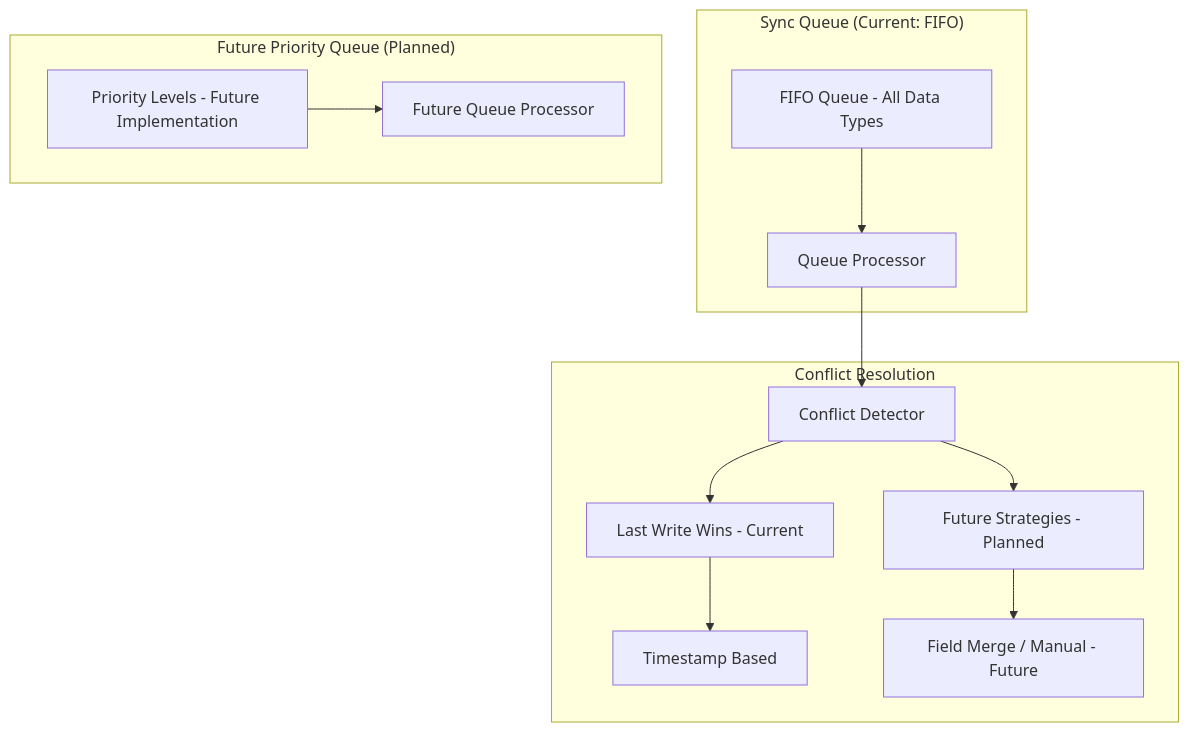
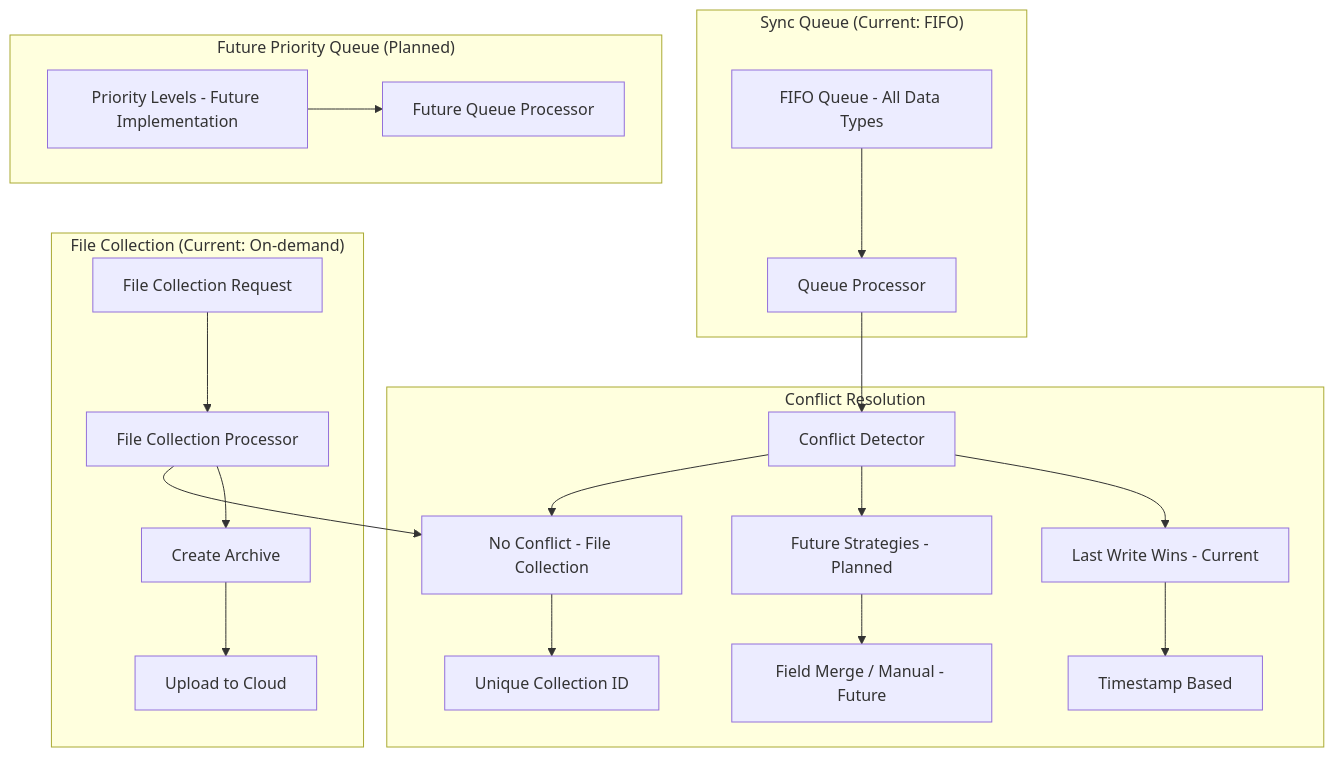
The diagram in notes/1-sync/architecture/7-sync-priority-conflict.md (gaocuiping/kugelpos-stpos-docs-new), drawn with Mermaid before and after one commit. The commit also changed other lines of this file and 11 other files, not shown here.

First line of the commit message:
Update sync service architecture and design documents

````diff
--- a/notes/1-sync/architecture/7-sync-priority-conflict.md
+++ b/notes/1-sync/architecture/7-sync-priority-conflict.md
@@ -48,23 +68,33 @@
 ```mermaid
 flowchart TD
     subgraph "Sync Queue (Current: FIFO)"
         FIFO[FIFO Queue - All Data Types]
         FIFO --> QP[Queue Processor]
+    end
+    
+    subgraph "File Collection (Current: On-demand)"
+        FC[File Collection Request]
+        FC --> FCP[File Collection Processor]
+        FCP --> Archive[Create Archive]
+        Archive --> Upload[Upload to Cloud]
     end
     
     subgraph "Future Priority Queue (Planned)"
         P1[Priority Levels - Future Implementation]
         P1 --> FQP[Future Queue Processor]
     end
     
     subgraph "Conflict Resolution"
         CR[Conflict Detector]
         CR --> LWW[Last Write Wins - Current]
         CR --> Future[Future Strategies - Planned]
+        CR --> NoConflict[No Conflict - File Collection]
         
         LWW --> R1[Timestamp Based]
         Future --> R2[Field Merge / Manual - Future]
+        NoConflict --> R3[Unique Collection ID]
     end
     
     QP --> CR
+    FCP --> NoConflict
 ```
````
